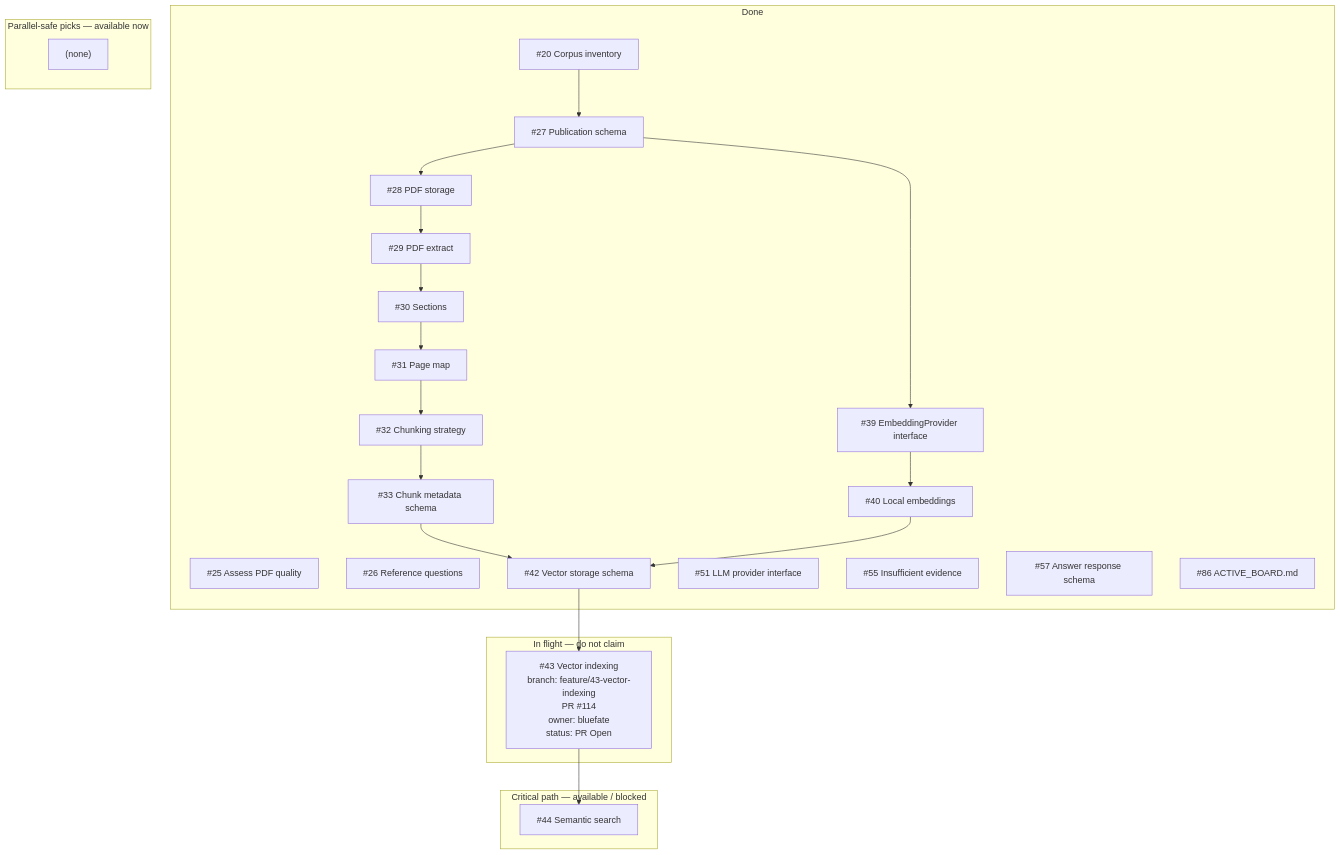
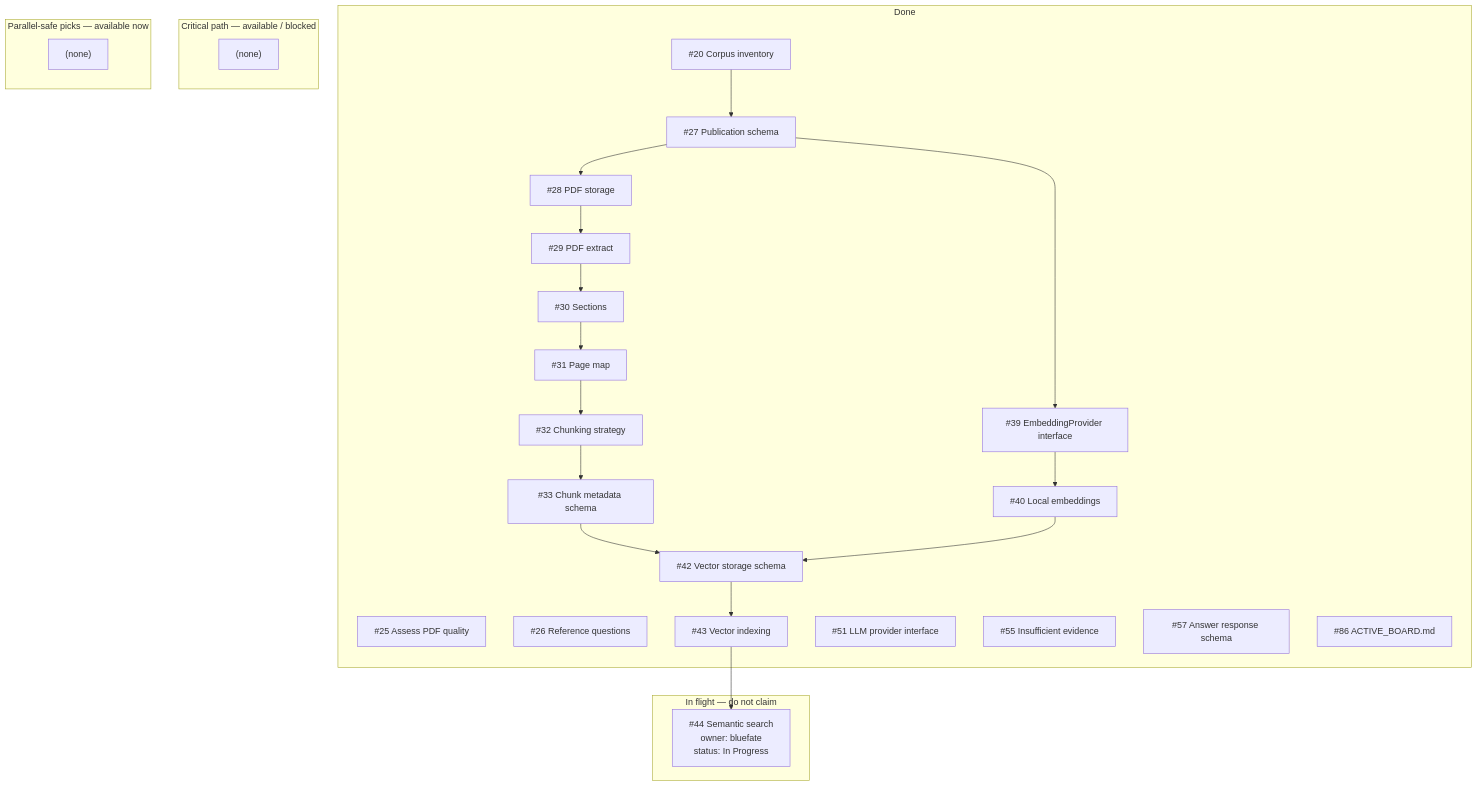
One commit to bluefate/spacebio-evidence-engine changed the diagram in docs/development/ACTIVE_BOARD.md. Above: the diagram before and after it, drawn with Mermaid. The commit also changed other lines of this file and 4 other files, not shown here.

First line of the commit message:
feat: add semantic vector search over chunk embeddings

````diff
--- a/docs/development/ACTIVE_BOARD.md
+++ b/docs/development/ACTIVE_BOARD.md
@@ -62,44 +62,45 @@
 ```mermaid
 flowchart TB
   subgraph done [Done]
     i20["#20 Corpus inventory"]
     i25["#25 Assess PDF quality"]
     i26["#26 Reference questions"]
     i27["#27 Publication schema"]
     i28["#28 PDF storage"]
     i29["#29 PDF extract"]
     i30["#30 Sections"]
     i31["#31 Page map"]
     i32["#32 Chunking strategy"]
     i33["#33 Chunk metadata schema"]
     i39["#39 EmbeddingProvider interface"]
     i40["#40 Local embeddings"]
     i42["#42 Vector storage schema"]
+    i43["#43 Vector indexing"]
     i51["#51 LLM provider interface"]
     i55["#55 Insufficient evidence"]
     i57["#57 Answer response schema"]
     i86["#86 ACTIVE_BOARD.md"]
   end
   subgraph inflight [In flight — do not claim]
-    i43["#43 Vector indexing<br/>branch: feature/43-vector-indexing<br/>PR #114<br/>owner: bluefate<br/>status: PR Open"]
+    i44["#44 Semantic search<br/>owner: bluefate<br/>status: In Progress"]
   end
   subgraph nextCritical [Critical path — available / blocked]
-    i44["#44 Semantic search"]
+    nextCritical_empty["(none)"]
   end
   subgraph nextParallel [Parallel-safe picks — available now]
     nextParallel_empty["(none)"]
   end
   i20 --> i27
   i27 --> i28
   i28 --> i29
   i29 --> i30
   i30 --> i31
   i31 --> i32
   i32 --> i33
   i33 --> i42
   i27 --> i39
   i39 --> i40
   i40 --> i42
   i42 --> i43
   i43 --> i44
 ```
````
